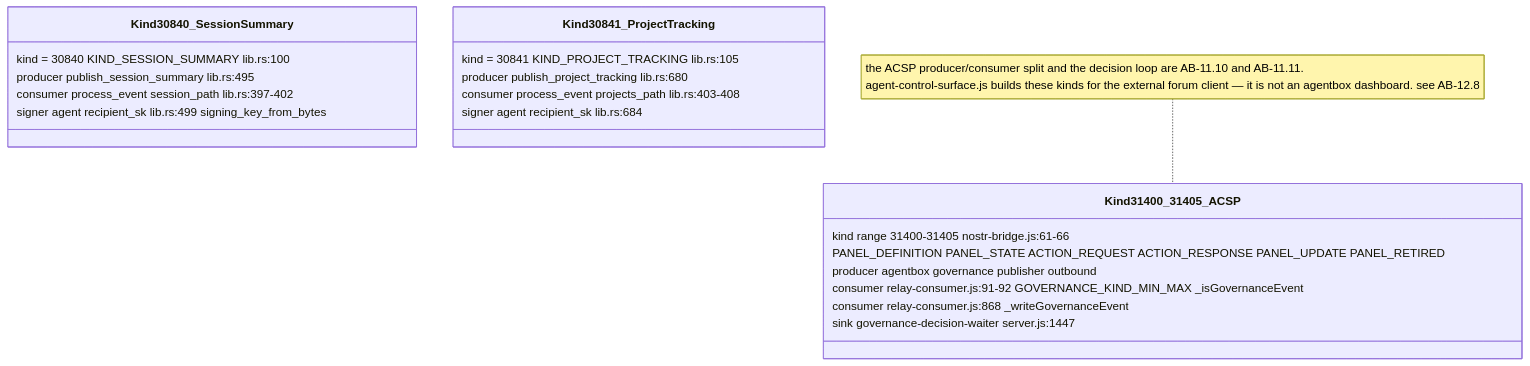
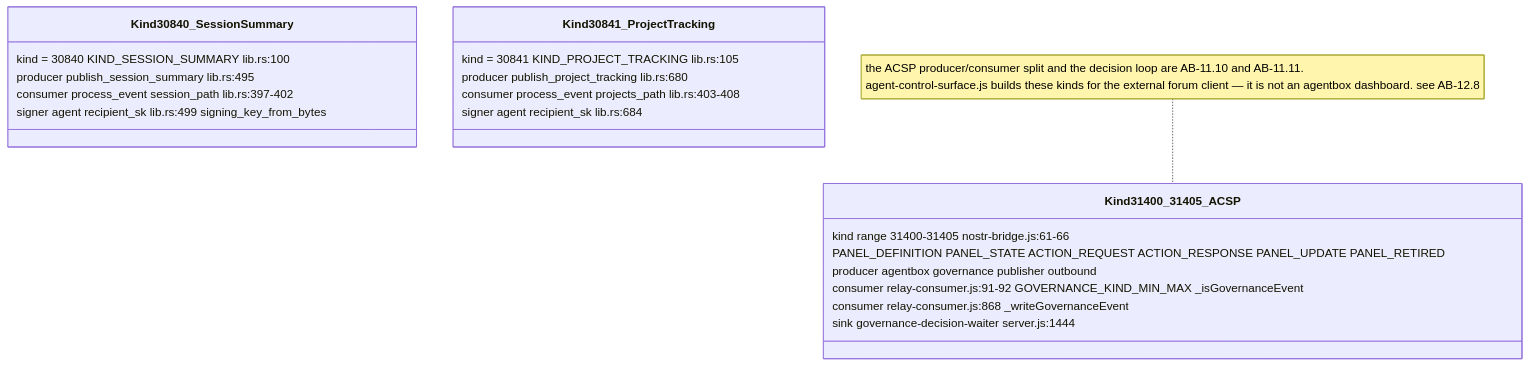
The fifth of 16 diagrams in docs/diagrams/agentbox/13-nostr-relay-gateway-bridge-mirror.md (DreamLab-AI/VisionFlow), drawn with Mermaid before and after one commit. The commit also changed other lines of this file and 12 other files, not shown here.

````diff
--- a/docs/diagrams/agentbox/13-nostr-relay-gateway-bridge-mirror.md
+++ b/docs/diagrams/agentbox/13-nostr-relay-gateway-bridge-mirror.md
@@ -209,24 +209,24 @@
 ```mermaid
 classDiagram
     class Kind30840_SessionSummary {
         kind = 30840 KIND_SESSION_SUMMARY lib.rs:100
         producer publish_session_summary lib.rs:495
         consumer process_event session_path lib.rs:397-402
         signer agent recipient_sk lib.rs:499 signing_key_from_bytes
     }
     class Kind30841_ProjectTracking {
         kind = 30841 KIND_PROJECT_TRACKING lib.rs:105
         producer publish_project_tracking lib.rs:680
         consumer process_event projects_path lib.rs:403-408
         signer agent recipient_sk lib.rs:684
     }
     class Kind31400_31405_ACSP {
         kind range 31400-31405 nostr-bridge.js:61-66
         PANEL_DEFINITION PANEL_STATE ACTION_REQUEST ACTION_RESPONSE PANEL_UPDATE PANEL_RETIRED
         producer agentbox governance publisher outbound
         consumer relay-consumer.js:91-92 GOVERNANCE_KIND_MIN_MAX _isGovernanceEvent
         consumer relay-consumer.js:868 _writeGovernanceEvent
-        sink governance-decision-waiter server.js:1447
+        sink governance-decision-waiter server.js:1444
     }
     note for Kind31400_31405_ACSP "the ACSP producer/consumer split and the decision loop are AB-11.10 and AB-11.11.<br/>agent-control-surface.js builds these kinds for the external forum client — it is not an agentbox dashboard. see AB-12.8"
 ```
````
